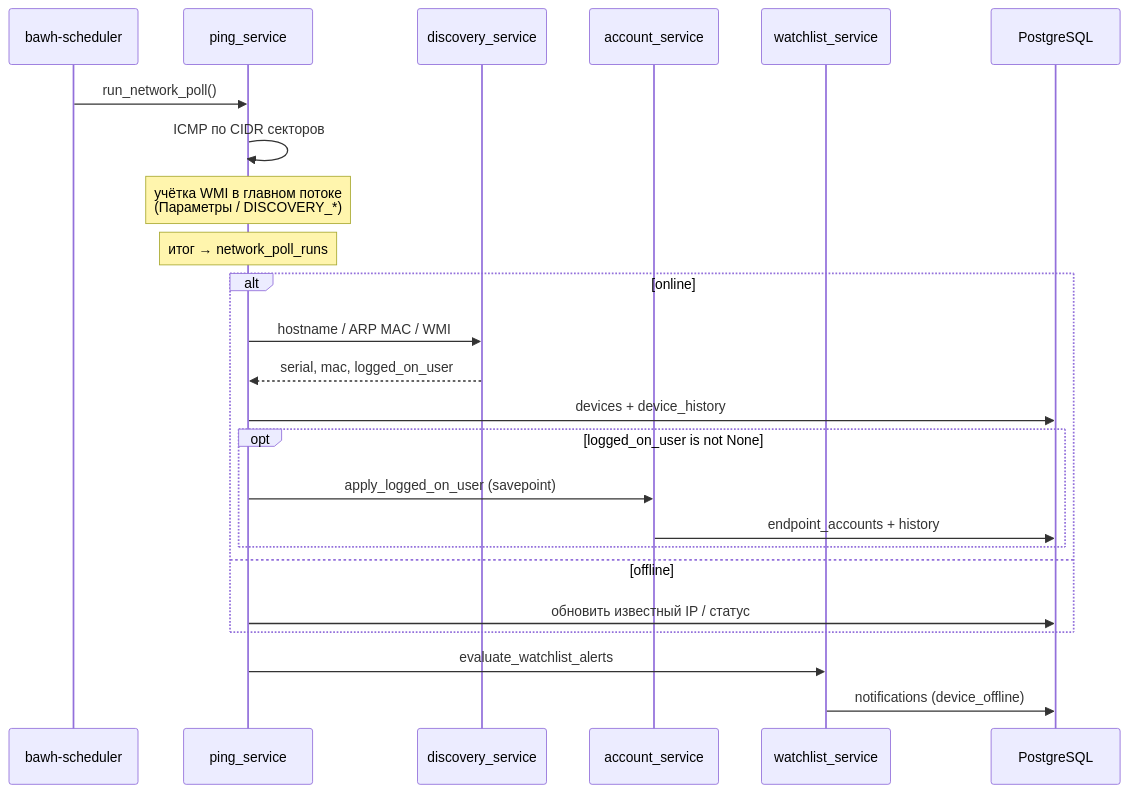
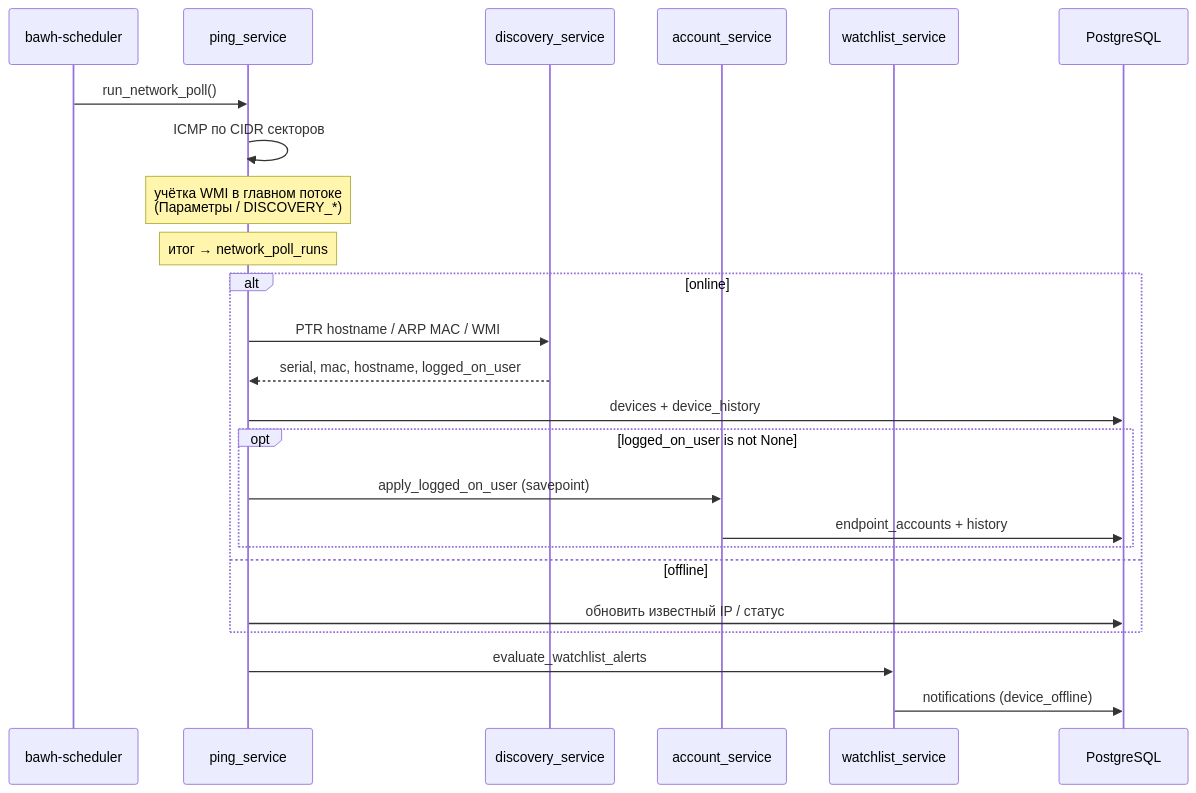
One commit to blazerity/admin-webhelper changed the second of 2 diagrams in docs/ARCHITECTURE.md. Above: the diagram before and after it, drawn with Mermaid. The commit also changed other lines of this file and 3 other files, not shown here.

````diff
--- a/docs/ARCHITECTURE.md
+++ b/docs/ARCHITECTURE.md
@@ -520,27 +520,27 @@
 ```mermaid
 sequenceDiagram
   participant Sch as bawh-scheduler
   participant Ping as ping_service
   participant Disc as discovery_service
   participant Acc as account_service
   participant WL as watchlist_service
   participant DB as PostgreSQL
 
   Sch->>Ping: run_network_poll()
   Ping->>Ping: ICMP по CIDR секторов
   Note over Ping: учётка WMI в главном потоке<br/>(Параметры / DISCOVERY_*)
   Note over Ping: итог → network_poll_runs
   alt online
-    Ping->>Disc: hostname / ARP MAC / WMI
-    Disc-->>Ping: serial, mac, logged_on_user
+    Ping->>Disc: PTR hostname / ARP MAC / WMI
+    Disc-->>Ping: serial, mac, hostname, logged_on_user
     Ping->>DB: devices + device_history
     opt logged_on_user is not None
       Ping->>Acc: apply_logged_on_user (savepoint)
       Acc->>DB: endpoint_accounts + history
     end
   else offline
     Ping->>DB: обновить известный IP / статус
   end
   Ping->>WL: evaluate_watchlist_alerts
   WL->>DB: notifications (device_offline)
 ```
````
